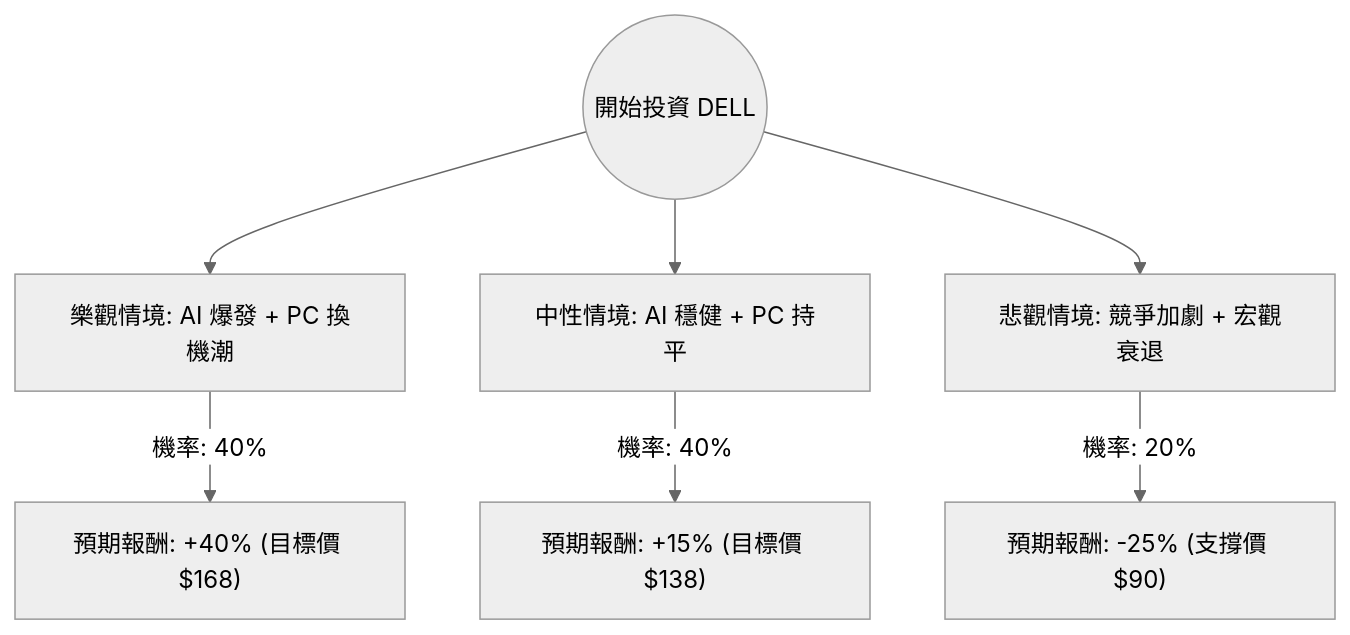
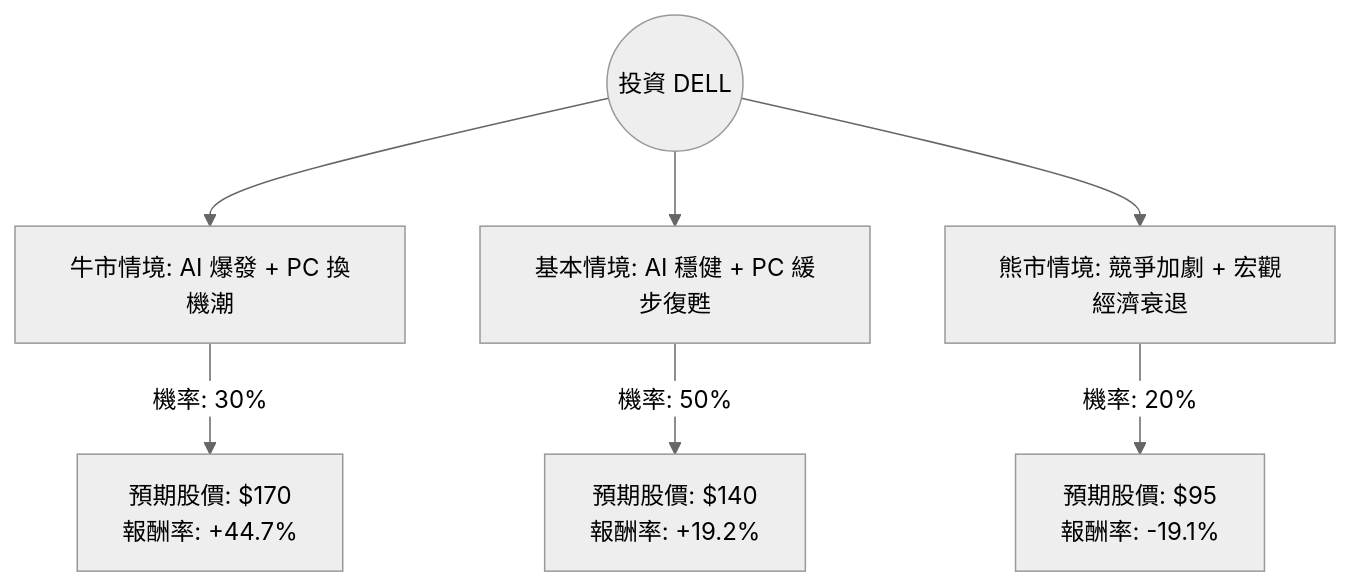
One commit to zmcx16/zmcx16.github.io changed the diagram in plugin-react/ai-analysis/ev-analysis/DELL.md. Above: the diagram before and after it, drawn with Mermaid (neutral theme). The commit also changed other lines of this file and 79 other files, not shown here.

````diff
--- a/plugin-react/ai-analysis/ev-analysis/DELL.md
+++ b/plugin-react/ai-analysis/ev-analysis/DELL.md
@@ -20,10 +21,10 @@
 ```mermaid
 graph TD
-    Start((開始投資 DELL)) --> Bull[樂觀情境: AI 爆發 + PC 換機潮]
-    Start --> Base[中性情境: AI 穩健 + PC 持平]
-    Start --> Bear[悲觀情境: 競爭加劇 + 宏觀衰退]
+    Start((投資 DELL)) --> Bull[牛市情境: AI 爆發 + PC 換機潮]
+    Start --> Base[基本情境: AI 穩健 + PC 緩步復甦]
+    Start --> Bear[熊市情境: 競爭加劇 + 宏觀經濟衰退]
 
-    Bull -- "機率: 40%" --> BullResult["預期報酬: +40% (目標價 $168)"]
-    Base -- "機率: 40%" --> BaseResult["預期報酬: +15% (目標價 $138)"]
-    Bear -- "機率: 20%" --> BearResult["預期報酬: -25% (支撐價 $90)"]
+    Bull -- "機率: 30%" --> BullVal["預期股價: $170 <br> 報酬率: +44.7%"]
+    Base -- "機率: 50%" --> BaseVal["預期股價: $140 <br> 報酬率: +19.2%"]
+    Bear -- "機率: 20%" --> BearVal["預期股價: $95 <br> 報酬率: -19.1%"]
 ```
````
